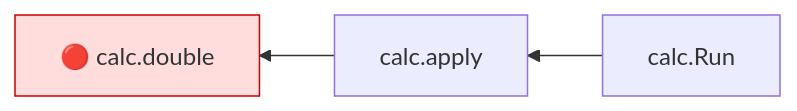
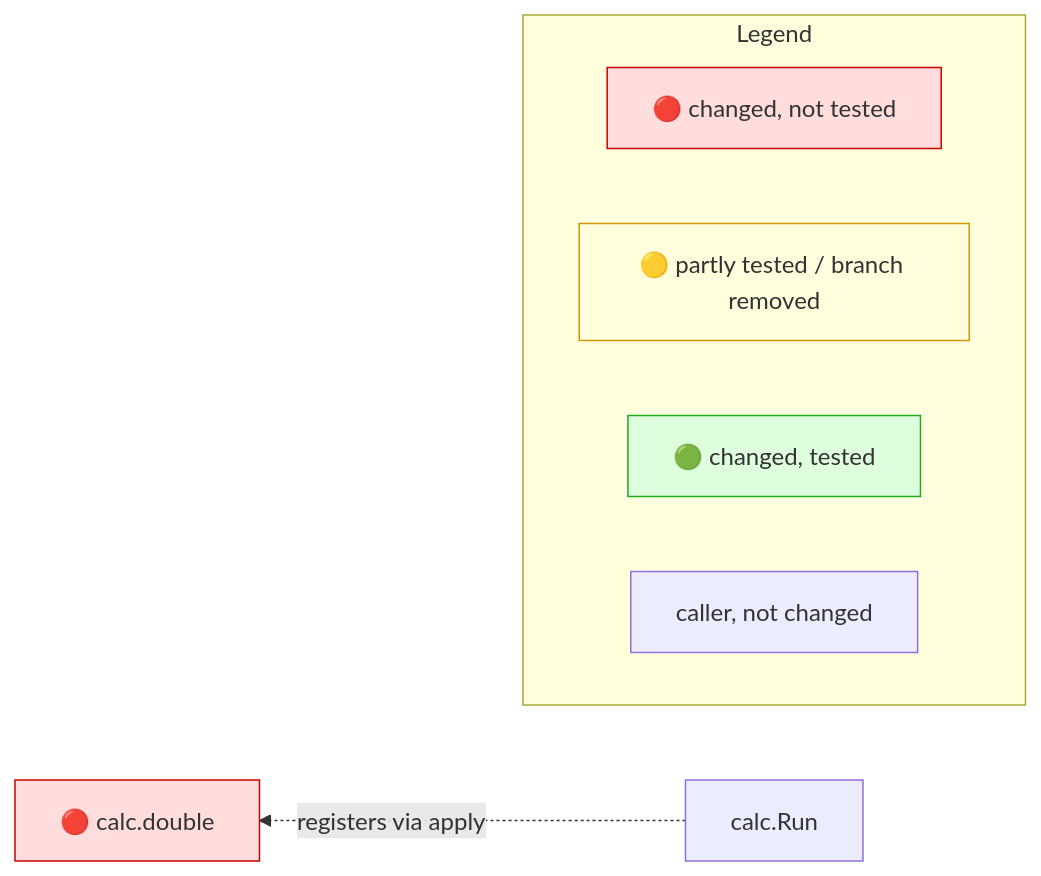
One commit to Kevinbarrero/mr-impact changed the diagram in testdata/e2e/callback_value/expected.golden.md. Above: the diagram before and after it, drawn with Mermaid. The commit also changed other lines of this file and 65 other files, not shown here.

````diff
--- a/testdata/e2e/callback_value/expected.golden.md
+++ b/testdata/e2e/callback_value/expected.golden.md
@@ -9,9 +11,16 @@
 ```mermaid
-graph RL
+flowchart RL
   n0["🔴 calc.double"]:::red
-  n1["calc.apply"]
-  n2["calc.Run"]
-  n1 --> n0
-  n2 --> n1
+  n1["calc.Run"]
+  n1 -. "registers via apply" .-> n0
+  subgraph legend ["Legend"]
+    direction LR
+    lr["🔴 changed, not tested"]:::red
+    ly["🟡 partly tested / branch removed"]:::yellow
+    lg["🟢 changed, tested"]:::green
+    lc["caller, not changed"]
+  end
   classDef red fill:#fdd,stroke:#c00
+  classDef yellow fill:#ffd,stroke:#c90
+  classDef green fill:#dfd,stroke:#2a2
 ```
````
